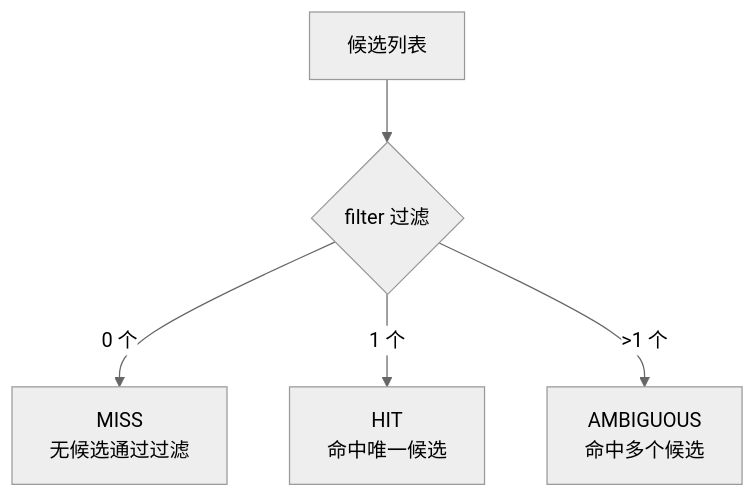
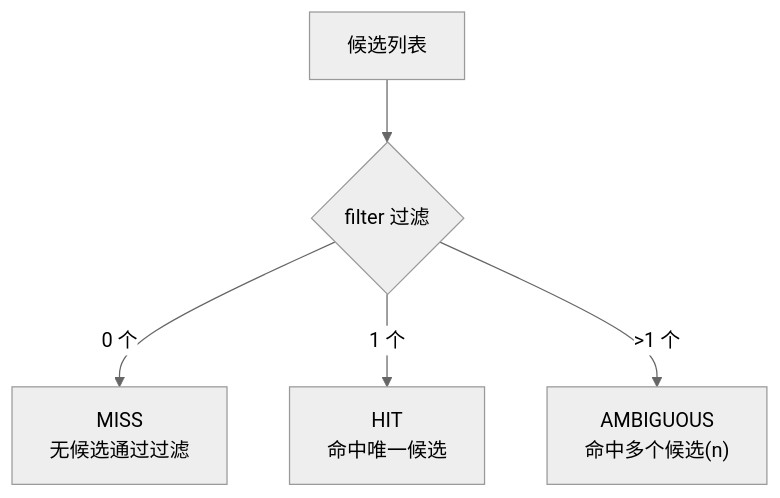
Before and after one commit to xiangganLuo/flex-point: the diagram in docs/guide/selector.md, drawn with Mermaid (neutral theme). The commit also changed other lines of this file and 15 other files, not shown here.

````diff
--- a/docs/guide/selector.md
+++ b/docs/guide/selector.md
@@ -45,7 +61,7 @@
 ```mermaid
 flowchart TD
     C["候选列表"] --> F{"filter 过滤"}
     F -->|0 个| MISS["MISS<br/>无候选通过过滤"]
     F -->|1 个| HIT["HIT<br/>命中唯一候选"]
-    F -->|>1 个| AMB["AMBIGUOUS<br/>命中多个候选"]
+    F -->|>1 个| AMB["AMBIGUOUS<br/>命中多个候选(n)"]
 ```
````
